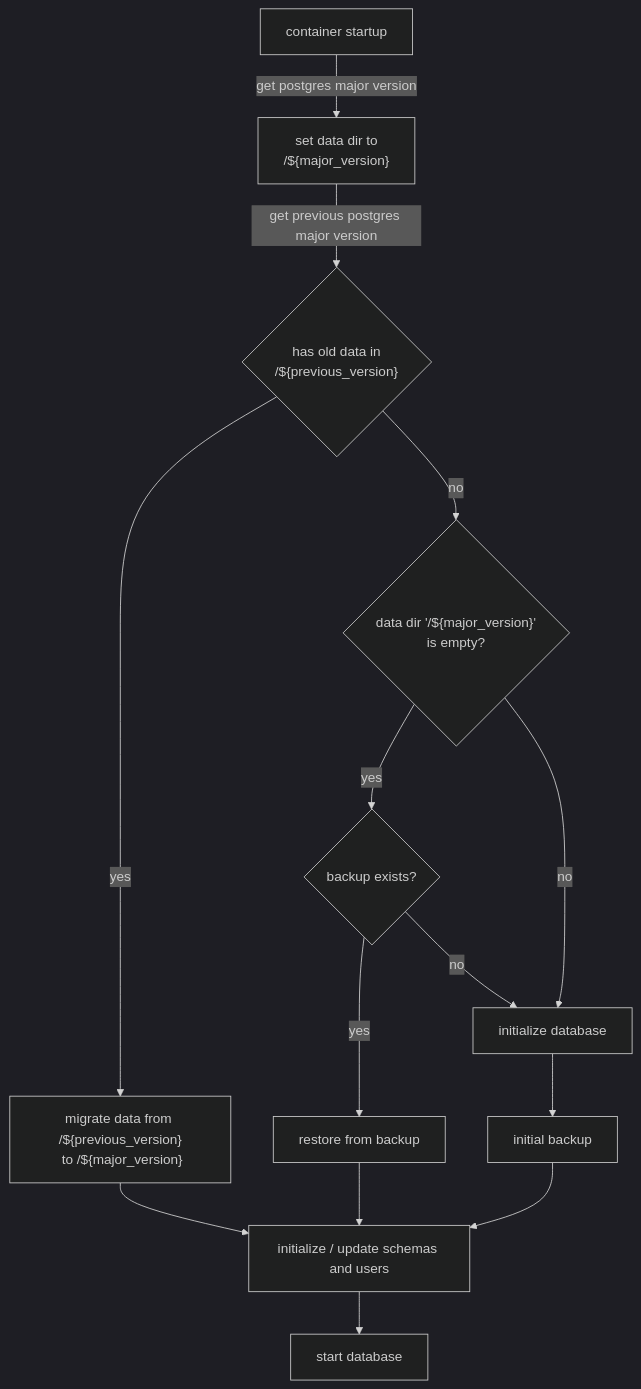
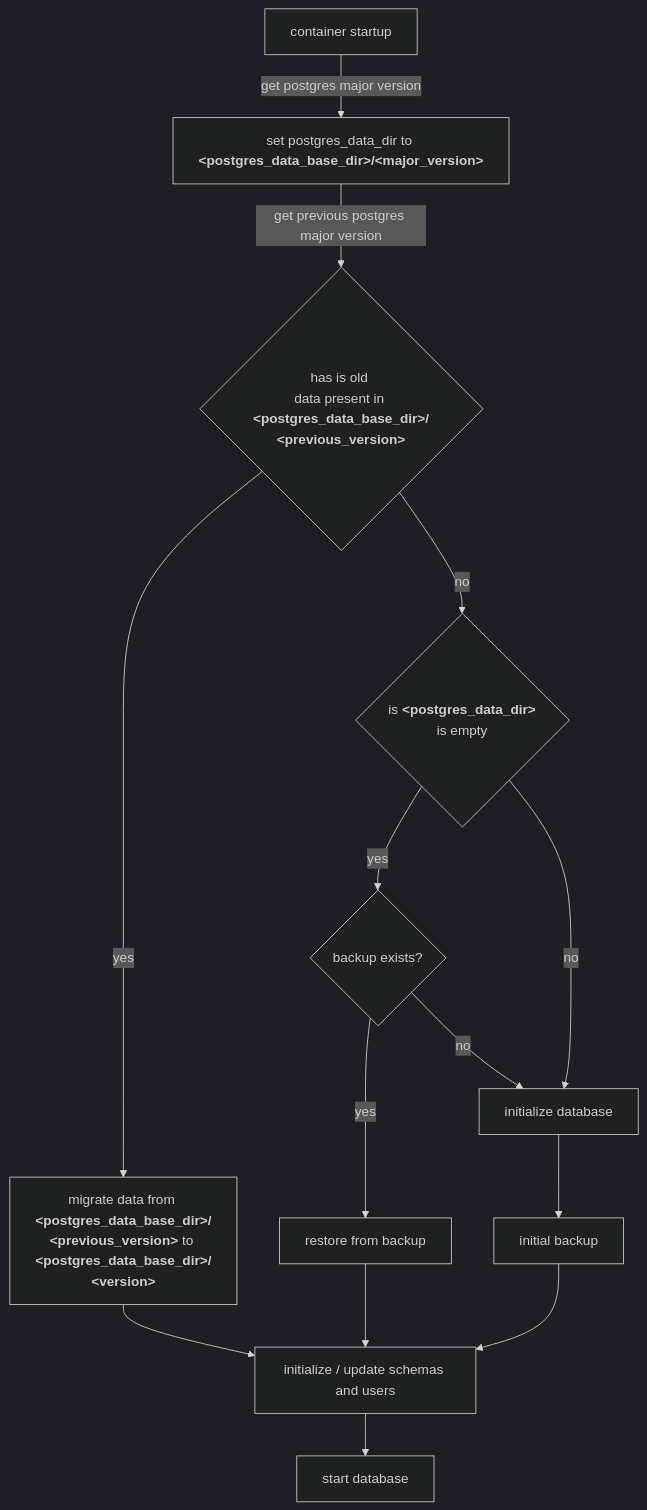
Before and after one commit to pellepelster/solidblocks: the diagram in doc/content/rds/docker/_index.md, drawn with Mermaid (dark theme). The commit also changed other lines of this file and 4 other files, not shown here.

````diff
--- a/doc/content/rds/docker/_index.md
+++ b/doc/content/rds/docker/_index.md
@@ -19,16 +20,23 @@
 ```mermaid
 graph TD
-    startup[container startup] -->|get postgres major version| set_data_dir["set data dir to\n/${major_version}"]
-    set_data_dir -->|get previous postgres major version| has_old_data{"has old data in\n/${previous_version}"}
-    has_old_data -->|no| data_dir_empty{"data dir '/${major_version}'\nis empty?"}
-    has_old_data -->|yes| migrate_data["migrate data from /${previous_version}\n to /${major_version}"]
+    startup[container startup] -->|get postgres major version| set_data_dir["`set postgres_data_dir to 
+    **&lt;postgres_data_base_dir&gt;/&lt;major_version&gt;**`"]
+    set_data_dir -->|get previous postgres major version| has_old_data{"`has is old 
+    data present in 
+    **&lt;postgres_data_base_dir&gt;/
+    &lt;previous_version&gt;**`"}
+    has_old_data -->|no| data_dir_empty{"` is **&lt;postgres_data_dir&gt;** 
+    is empty`"}
+    has_old_data -->|yes| migrate_data["`migrate data from **&lt;postgres_data_base_dir&gt;/
+    &lt;previous_version&gt;** to **&lt;postgres_data_base_dir&gt;/
+    &lt;version&gt;**`"]
     backup_exists -->|no| init_db
     data_dir_empty -->|no| init_db
     data_dir_empty -->|yes| backup_exists{backup exists?}
     backup_exists -->|yes| restore[restore from backup]
     migrate_data --> init_users
     restore --> init_users[initialize / update schemas and users]
     init_db[initialize database] --> initial_backup
     initial_backup[initial backup] --> init_users
     init_users --> start_database[start database]
 ```
````
